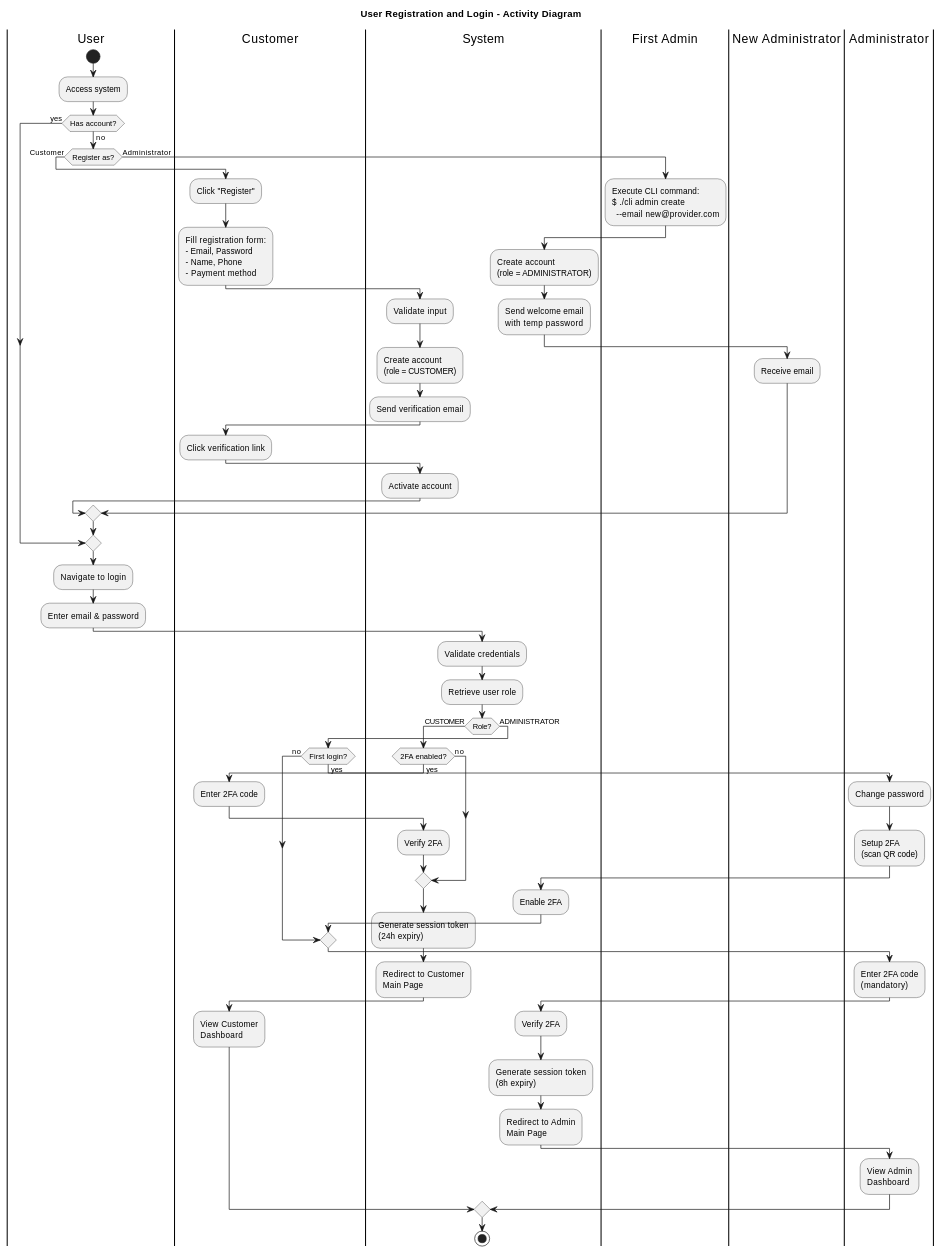
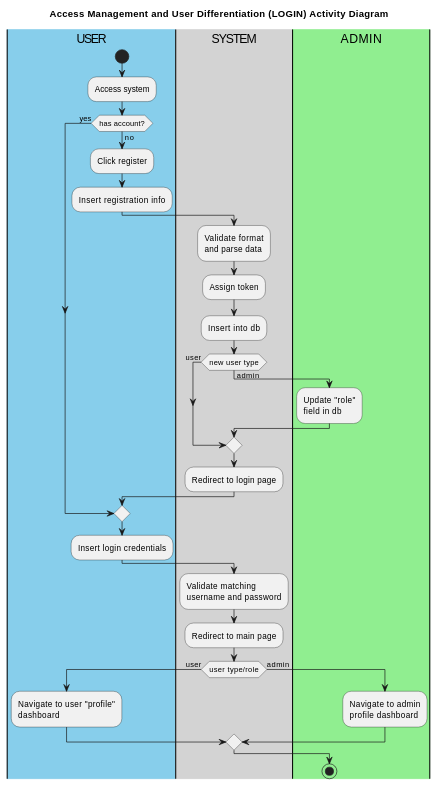
One commit to LedgerGhost/WattApp changed the fourth of 11 diagrams in documentation/srs.md. Above: the diagram before and after it, drawn with PlantUML. The commit also changed other lines of this file, not shown here.

````diff
--- a/documentation/srs.md
+++ b/documentation/srs.md
@@ -421,99 +414,59 @@
 ```plantuml
-@startuml
-title User Registration and Login - Activity Diagram
+@startuml Login_Activity_Diagram
 
-|User|
+title Access Management and User Differentiation (LOGIN) Activity Diagram
+
+|#87CEEB|USER|
+|#D3D3D3|SYSTEM|
+|#90EE90|ADMIN|
+
+|USER|
 start
+
 :Access system;
 
-if (Has account?) then (no)
+if (has account?) then (yes)
+else (no)
+  :Click register;
+  :Insert registration info;
   
-  if (Register as?) then (Customer)
-    |Customer|
-    :Click "Register";
-    :Fill registration form:
-    - Email, Password
-    - Name, Phone
-    - Payment method;
-    
-    |System|
-    :Validate input;
-    :Create account\n(role = CUSTOMER);
-    :Send verification email;
-    
-    |Customer|
-    :Click verification link;
-    
-    |System|
-    :Activate account;
-    
-  else (Administrator)
-    |First Admin|
-    :Execute CLI command:
-    $ ./cli admin create
-      --email new@provider.com;
-    
-    |System|
-    :Create account\n(role = ADMINISTRATOR);
-    :Send welcome email\nwith temp password;
-    
-    |New Administrator|
-    :Receive email;
+  |SYSTEM|
+  :Validate format
+  and parse data;
+  :Assign token;
+  :Insert into db;
+  
+  if (new user type) then (admin)
+    |ADMIN|
+    :Update "role"
+    field in db;
+    |SYSTEM|
+  else (user)
   endif
   
-else (yes)
+  :Redirect to login page;
+  
+  |USER|
 endif
 
-|User|
-:Navigate to login;
-:Enter email & password;
+:Insert login credentials;
 
-|System|
-:Validate credentials;
-:Retrieve user role;
+|SYSTEM|
+:Validate matching
+username and password;
 
-if (Role?) then (CUSTOMER)
-  
-  if (2FA enabled?) then (yes)
-    |Customer|
-    :Enter 2FA code;
-    |System|
-    :Verify 2FA;
-  else (no)
-  endif
-  
-  |System|
-  :Generate session token\n(24h expiry);
-  :Redirect to Customer\nMain Page;
-  
-  |Customer|
-  :View Customer\nDashboard;
-  
-else (ADMINISTRATOR)
-  
-  if (First login?) then (yes)
-    |Administrator|
-    :Change password;
-    :Setup 2FA\n(scan QR code);
-    |System|
-    :Enable 2FA;
-  else (no)
-  endif
-  
-  |Administrator|
-  :Enter 2FA code\n(mandatory);
-  
-  |System|
-  :Verify 2FA;
-  :Generate session token\n(8h expiry);
-  :Redirect to Admin\nMain Page;
-  
-  |Administrator|
-  :View Admin\nDashboard;
-  
+:Redirect to main page;
+
+if (user type/role) then (user)
+  |USER|
+  :Navigate to user "profile"
+  dashboard;
+else (admin)
+  |ADMIN|
+  :Navigate to admin
+  profile dashboard;
 endif
 
-|System|
 stop
 
 @enduml
````
